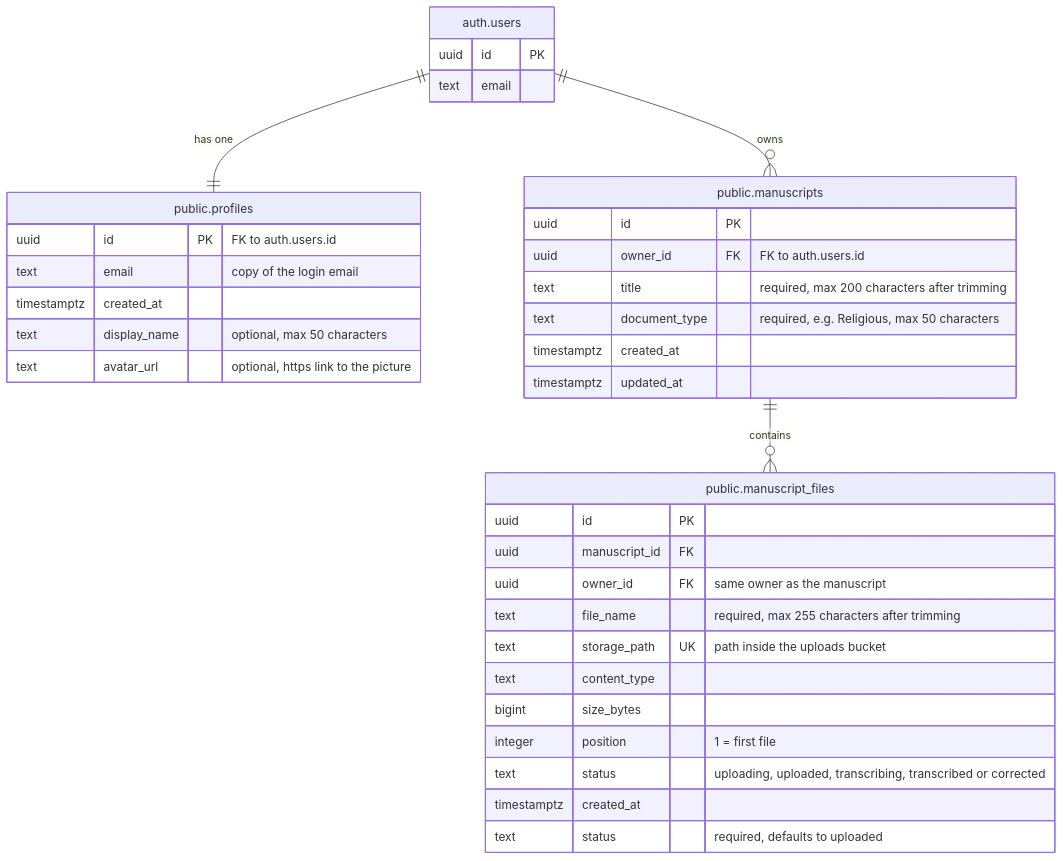
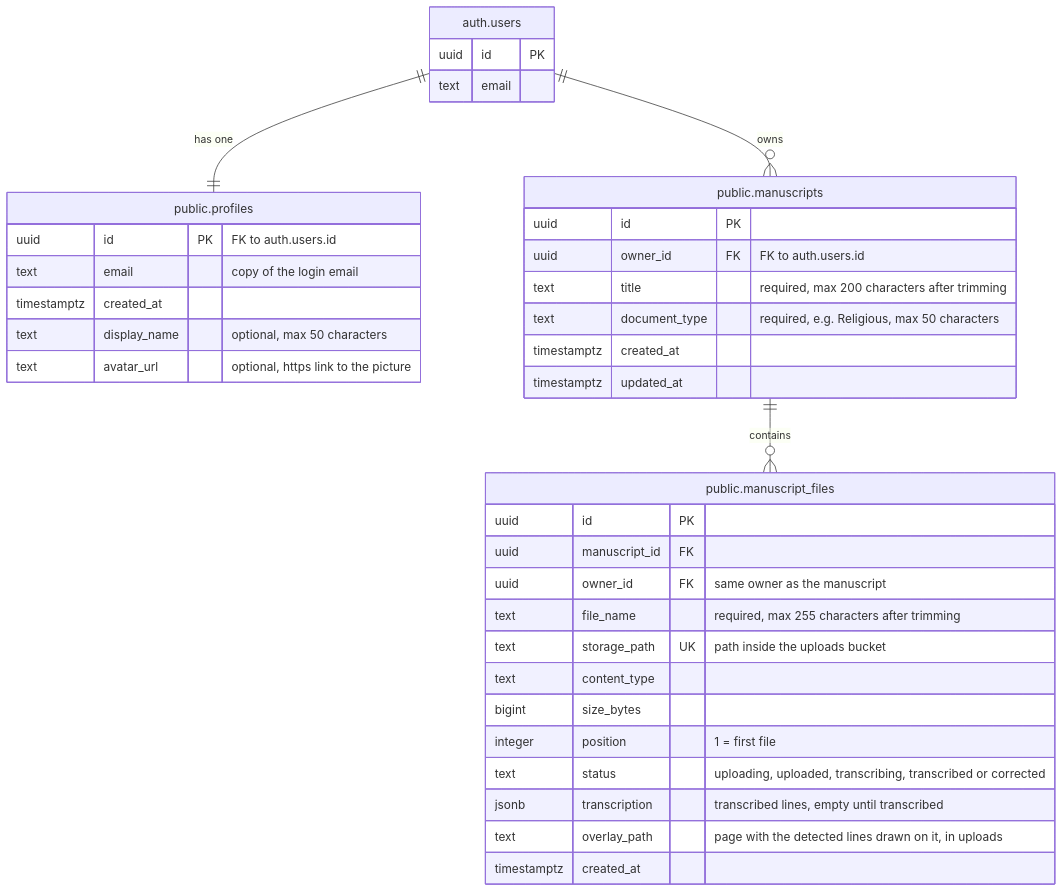
The diagram in docs/database.md (nlklfor/manulator), drawn with Mermaid before and after one commit. The commit also changed other lines of this file and 4 other files, not shown here.

````diff
--- a/docs/database.md
+++ b/docs/database.md
@@ -13,38 +13,39 @@
 ```mermaid
 erDiagram
     "auth.users" ||--|| "public.profiles" : "has one"
     "auth.users" ||--o{ "public.manuscripts" : "owns"
     "public.manuscripts" ||--o{ "public.manuscript_files" : "contains"
     "auth.users" {
         uuid id PK
         text email
     }
     "public.profiles" {
         uuid id PK "FK to auth.users.id"
         text email "copy of the login email"
         timestamptz created_at
         text display_name "optional, max 50 characters"
         text avatar_url "optional, https link to the picture"
     }
     "public.manuscripts" {
         uuid id PK
         uuid owner_id FK "FK to auth.users.id"
         text title "required, max 200 characters after trimming"
         text document_type "required, e.g. Religious, max 50 characters"
         timestamptz created_at
         timestamptz updated_at
     }
     "public.manuscript_files" {
         uuid id PK
         uuid manuscript_id FK
         uuid owner_id FK "same owner as the manuscript"
         text file_name "required, max 255 characters after trimming"
         text storage_path UK "path inside the uploads bucket"
         text content_type
         bigint size_bytes
         integer position "1 = first file"
         text status "uploading, uploaded, transcribing, transcribed or corrected"
+        jsonb transcription "transcribed lines, empty until transcribed"
+        text overlay_path "page with the detected lines drawn on it, in uploads"
         timestamptz created_at
-        text status "required, defaults to uploaded"
     }
 ```
````
